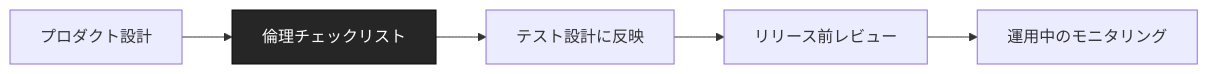
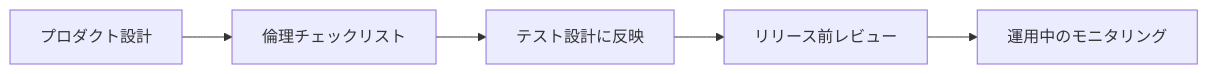
The third of 3 diagrams in docs/concepts/ai-プロダクトと倫理-7-つの観点.md (dinekt/dinekt-wiki), drawn with Mermaid before and after one commit. The commit also changed other lines of this file and 70 other files, not shown here.

First line of the commit message:
fix(mermaid): strip all inline styling, rely on theme

````diff
--- a/docs/concepts/ai-プロダクトと倫理-7-つの観点.md
+++ b/docs/concepts/ai-プロダクトと倫理-7-つの観点.md
@@ -119,9 +118,8 @@
 ```mermaid
 flowchart LR
     P[プロダクト設計] --> E[倫理チェックリスト]
     E --> T[テスト設計に反映]
     T --> R[リリース前レビュー]
     R --> M[運用中のモニタリング]
 
-    style E fill:#262626,color:#fff,stroke:#0a0a0a
 ```
````
